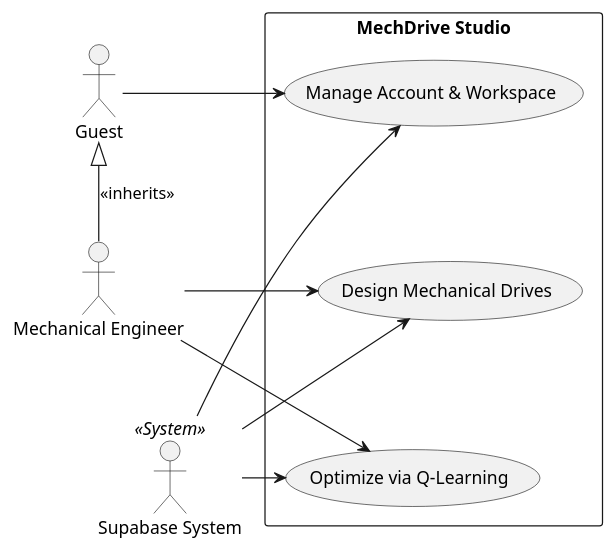
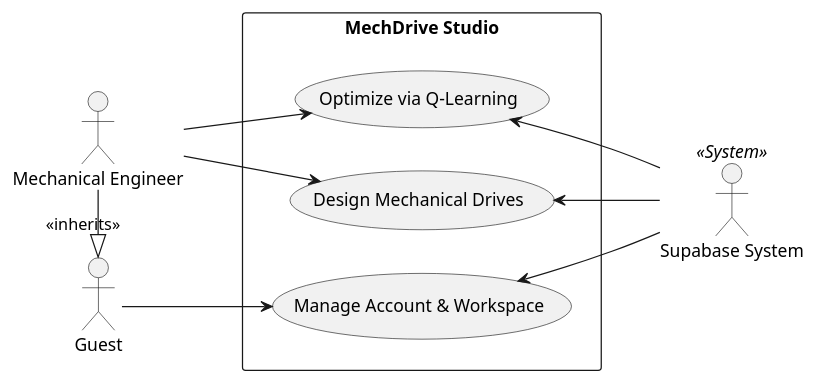
One commit to dvydinh/mechdrive changed the diagram in docs/uml/uc_high_level.puml. Above: the diagram before and after it, drawn with PlantUML. The commit also changed 7 other files, not shown here.

```diff
--- a/docs/uml/uc_high_level.puml
+++ b/docs/uml/uc_high_level.puml
@@ -1,30 +1,30 @@
 @startuml
+left to right direction
 skinparam packageStyle rectangle
 
-actor "Guest" as guest
-actor "Mechanical Engineer" as eng
+together {
+  actor "Guest" as guest
+  actor "Mechanical Engineer" as eng
+}
+
 actor "Supabase System" as supa << System >>
 
-guest -[hidden]right-> supa
-eng -[hidden]right-> supa
-
 package "MechDrive Studio" {
-  usecase "Manage Account & Workspace" as UC1
-  usecase "Design Mechanical Drives" as UC2
-  usecase "Optimize via Q-Learning" as UC3
+  together {
+    usecase "Manage Account & Workspace" as UC1
+    usecase "Design Mechanical Drives" as UC2
+    usecase "Optimize via Q-Learning" as UC3
+  }
 }
-
-UC1 -[hidden]down-> UC2
-UC2 -[hidden]down-> UC3
 
 guest <|- eng : <<inherits>>
 
-guest -right-> UC1
-eng -right-> UC2
-eng -right-> UC3
+guest --> UC1
+eng --> UC2
+eng --> UC3
 
-supa -left-> UC1
-supa -left-> UC2
-supa -left-> UC3
+UC1 <-- supa
+UC2 <-- supa
+UC3 <-- supa
 
 @enduml
```
